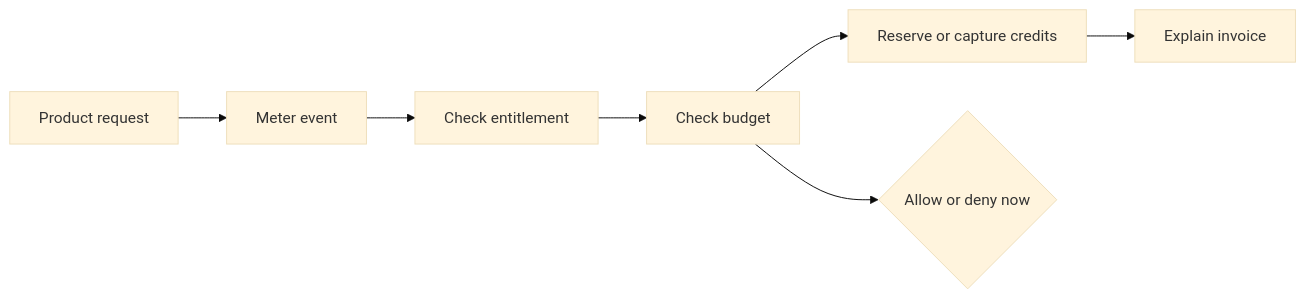
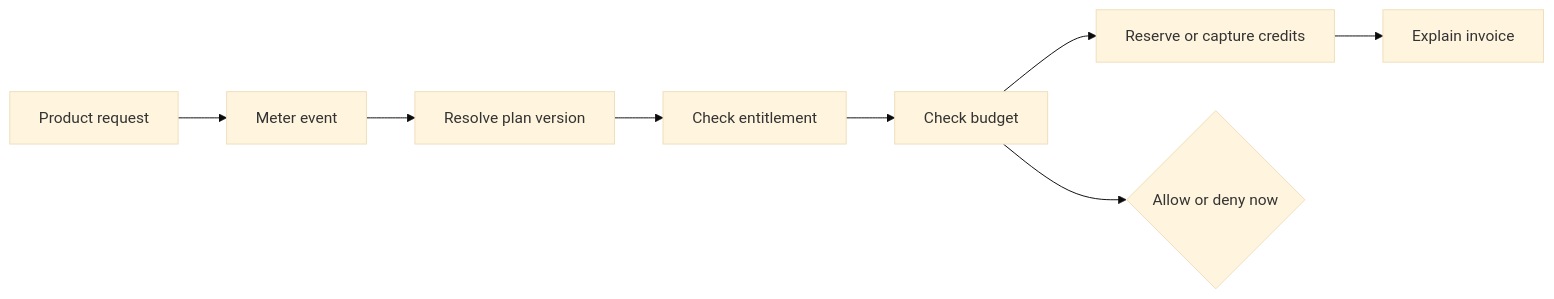
One commit to jhonsfran/unprice changed the diagram in docs/brand/PRODUCT.md. Above: the diagram before and after it, drawn with Mermaid (base theme). The commit also changed other lines of this file and 17 other files, not shown here.

````diff
--- a/docs/brand/PRODUCT.md
+++ b/docs/brand/PRODUCT.md
@@ -80,9 +89,10 @@
 ```mermaid
 flowchart LR
   Request["Product request"] --> Meter["Meter event"]
-  Meter --> Entitlement["Check entitlement"]
+  Meter --> Version["Resolve plan version"]
+  Version --> Entitlement["Check entitlement"]
   Entitlement --> Budget["Check budget"]
   Budget --> Wallet["Reserve or capture credits"]
   Wallet --> Invoice["Explain invoice"]
   Budget --> Decision{"Allow or deny now"}
 ```
````
